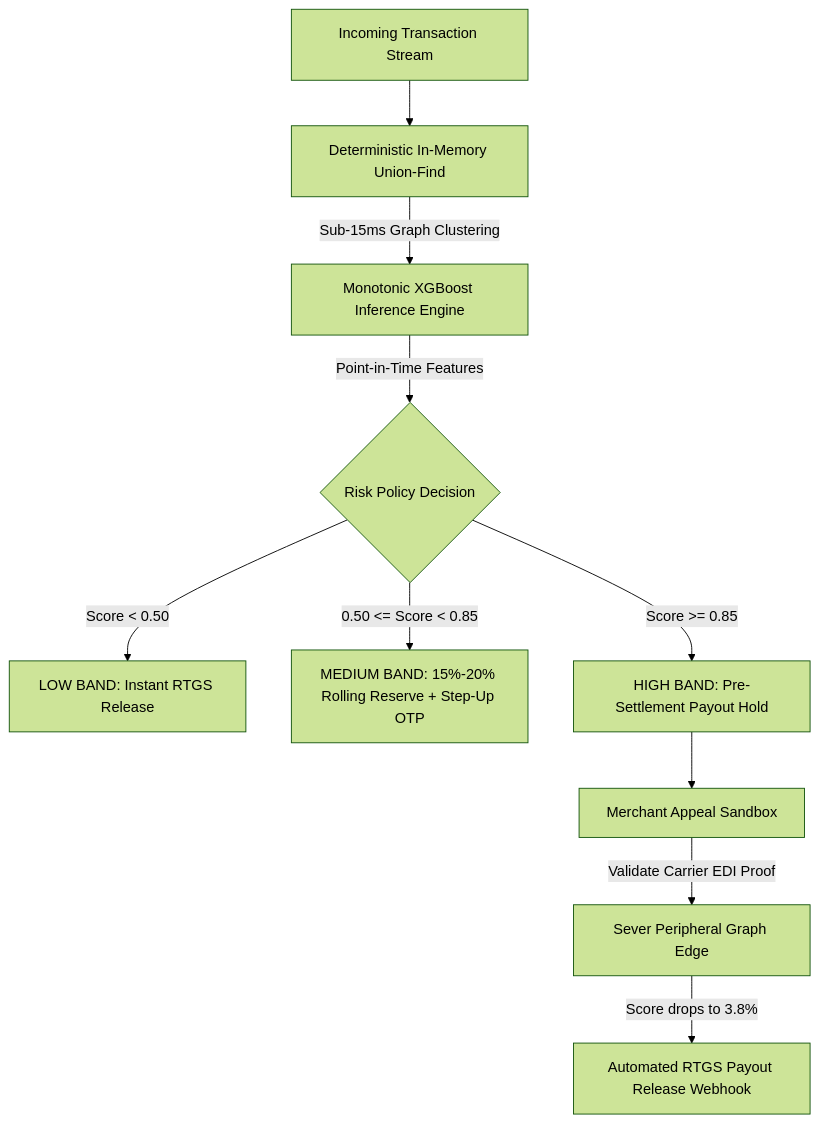
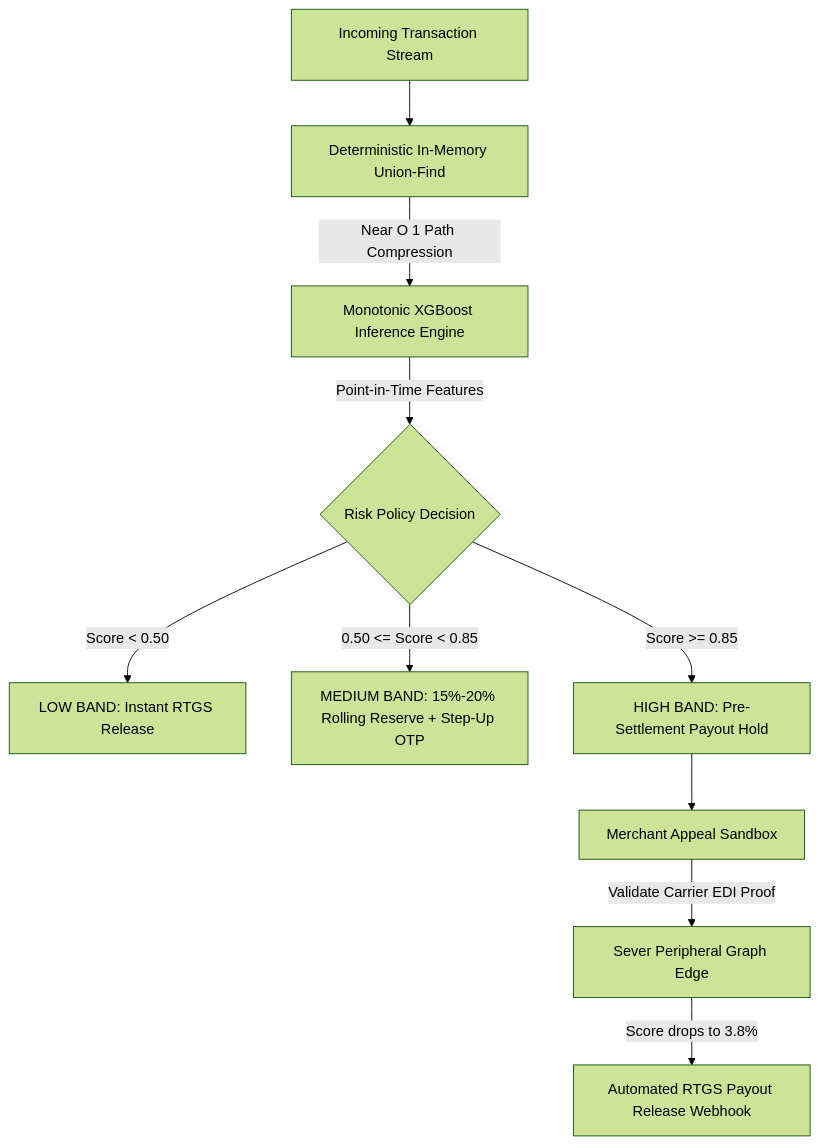
The diagram in README.md (SUBHA22-CODER/Docket-Risk), drawn with Mermaid (forest theme) before and after one commit. The commit also changed other lines of this file and 6 other files, not shown here.

````diff
--- a/README.md
+++ b/README.md
@@ -74,14 +112,14 @@
 ```mermaid
 flowchart TD
     A[Incoming Transaction Stream] --> B[Deterministic In-Memory Union-Find]
-    B -->|Sub-15ms Graph Clustering| C[Monotonic XGBoost Inference Engine]
+    B -->|Near O 1 Path Compression| C[Monotonic XGBoost Inference Engine]
     C -->|Point-in-Time Features| D{Risk Policy Decision}
     
     D -->|Score < 0.50| E[LOW BAND: Instant RTGS Release]
     D -->|0.50 <= Score < 0.85| F[MEDIUM BAND: 15%-20% Rolling Reserve + Step-Up OTP]
     D -->|Score >= 0.85| G[HIGH BAND: Pre-Settlement Payout Hold]
     
     G --> H[Merchant Appeal Sandbox]
     H -->|Validate Carrier EDI Proof| I[Sever Peripheral Graph Edge]
     I -->|Score drops to 3.8%| J[Automated RTGS Payout Release Webhook]
 ```
````
